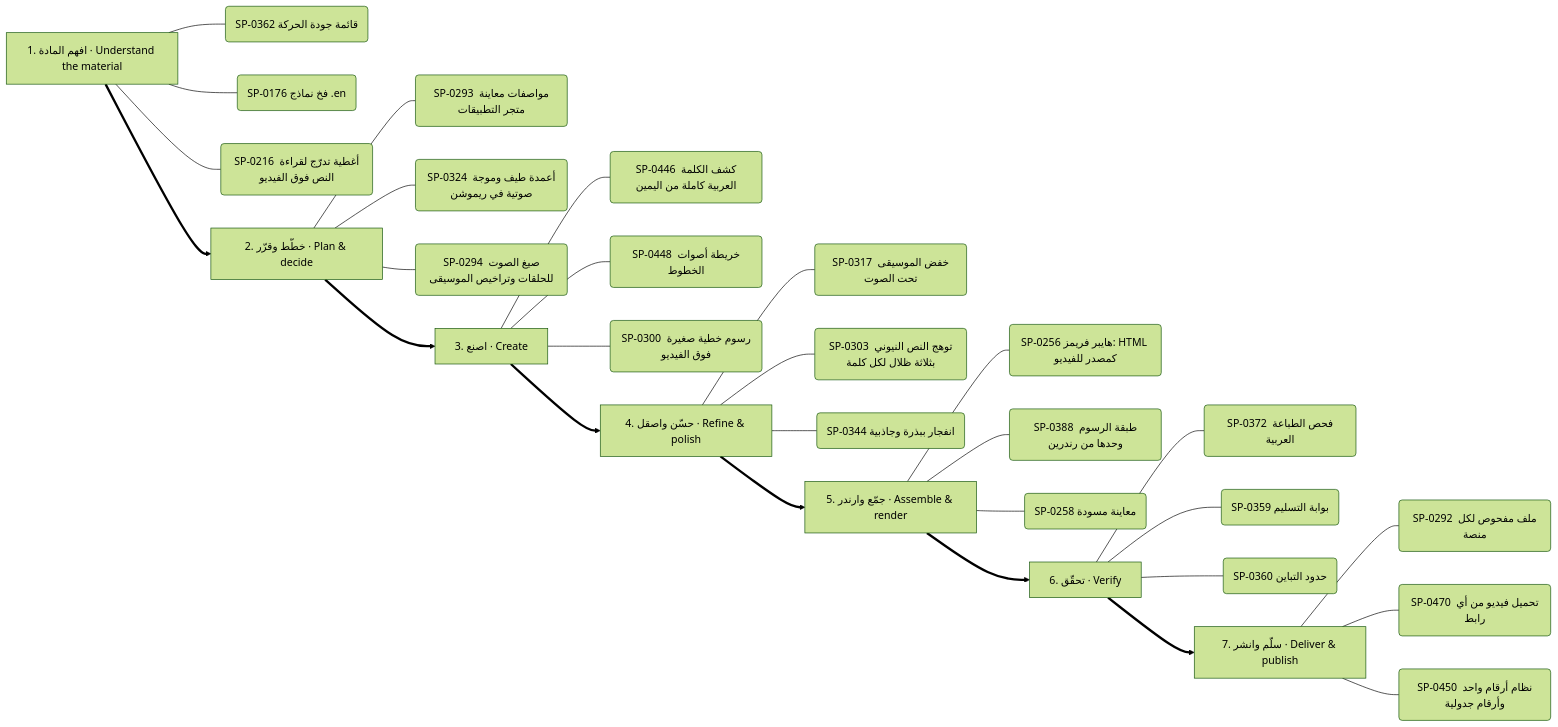
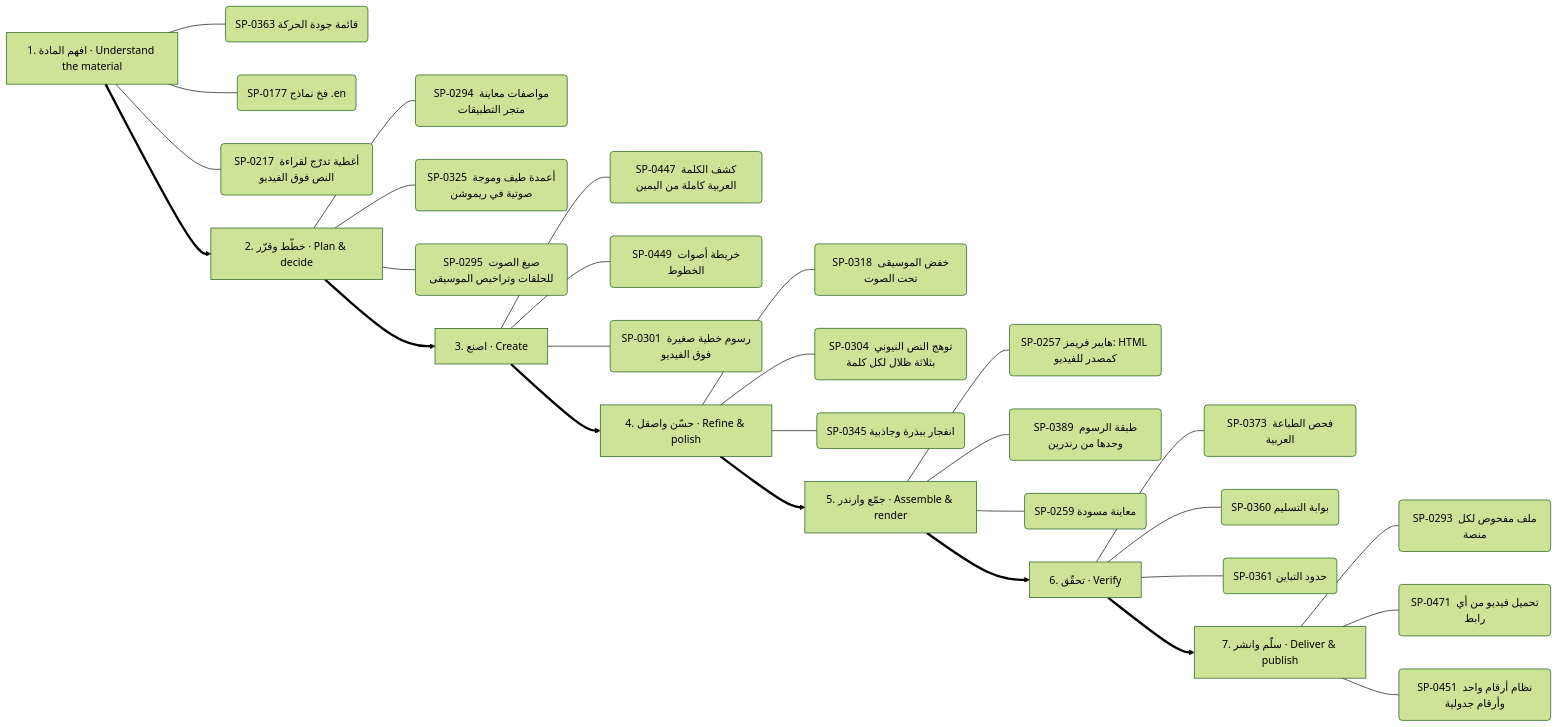
Before and after one commit to kosif199022-jpg/kosif-tool: the second of 13 diagrams in .claude/skills/kosif-superpowers/references/capability-mindmap.md, drawn with Mermaid (forest theme). The commit also changed other lines of this file and 65 other files, not shown here.

````diff
--- a/.claude/skills/kosif-superpowers/references/capability-mindmap.md
+++ b/.claude/skills/kosif-superpowers/references/capability-mindmap.md
@@ -127,37 +127,37 @@
 ```mermaid
 flowchart LR
   S0["1. افهم المادة · Understand the material"]
-  S0 --- S0_0("SP-0362 قائمة جودة الحركة")
-  S0 --- S0_1("SP-0176 فخ نماذج .en")
-  S0 --- S0_2("SP-0216 أغطية تدرّج لقراءة النص فوق الفيديو")
+  S0 --- S0_0("SP-0363 قائمة جودة الحركة")
+  S0 --- S0_1("SP-0177 فخ نماذج .en")
+  S0 --- S0_2("SP-0217 أغطية تدرّج لقراءة النص فوق الفيديو")
   S1["2. خطّط وقرّر · Plan & decide"]
-  S1 --- S1_0("SP-0293 مواصفات معاينة متجر التطبيقات")
-  S1 --- S1_1("SP-0324 أعمدة طيف وموجة صوتية في ريموشن")
-  S1 --- S1_2("SP-0294 صيغ الصوت للحلقات وتراخيص الموسيقى")
+  S1 --- S1_0("SP-0294 مواصفات معاينة متجر التطبيقات")
+  S1 --- S1_1("SP-0325 أعمدة طيف وموجة صوتية في ريموشن")
+  S1 --- S1_2("SP-0295 صيغ الصوت للحلقات وتراخيص الموسيقى")
   S0 ==> S1
   S2["3. اصنع · Create"]
-  S2 --- S2_0("SP-0446 كشف الكلمة العربية كاملة من اليمين")
-  S2 --- S2_1("SP-0448 خريطة أصوات الخطوط")
-  S2 --- S2_2("SP-0300 رسوم خطية صغيرة فوق الفيديو")
+  S2 --- S2_0("SP-0447 كشف الكلمة العربية كاملة من اليمين")
+  S2 --- S2_1("SP-0449 خريطة أصوات الخطوط")
+  S2 --- S2_2("SP-0301 رسوم خطية صغيرة فوق الفيديو")
   S1 ==> S2
   S3["4. حسّن واصقل · Refine & polish"]
-  S3 --- S3_0("SP-0317 خفض الموسيقى تحت الصوت")
-  S3 --- S3_1("SP-0303 توهج النص النيوني بثلاثة ظلال لكل كلمة")
-  S3 --- S3_2("SP-0344 انفجار ببذرة وجاذبية")
+  S3 --- S3_0("SP-0318 خفض الموسيقى تحت الصوت")
+  S3 --- S3_1("SP-0304 توهج النص النيوني بثلاثة ظلال لكل كلمة")
+  S3 --- S3_2("SP-0345 انفجار ببذرة وجاذبية")
   S2 ==> S3
   S4["5. جمّع وارندر · Assemble & render"]
-  S4 --- S4_0("SP-0256 هايبر فريمز: HTML كمصدر للفيديو")
-  S4 --- S4_1("SP-0388 طبقة الرسوم وحدها من رندرين")
-  S4 --- S4_2("SP-0258 معاينة مسودة")
+  S4 --- S4_0("SP-0257 هايبر فريمز: HTML كمصدر للفيديو")
+  S4 --- S4_1("SP-0389 طبقة الرسوم وحدها من رندرين")
+  S4 --- S4_2("SP-0259 معاينة مسودة")
   S3 ==> S4
   S5["6. تحقّق · Verify"]
-  S5 --- S5_0("SP-0372 فحص الطباعة العربية")
-  S5 --- S5_1("SP-0359 بوابة التسليم")
-  S5 --- S5_2("SP-0360 حدود التباين")
+  S5 --- S5_0("SP-0373 فحص الطباعة العربية")
+  S5 --- S5_1("SP-0360 بوابة التسليم")
+  S5 --- S5_2("SP-0361 حدود التباين")
   S4 ==> S5
   S6["7. سلّم وانشر · Deliver & publish"]
-  S6 --- S6_0("SP-0292 ملف مفحوص لكل منصة")
-  S6 --- S6_1("SP-0470 تحميل فيديو من أي رابط")
-  S6 --- S6_2("SP-0450 نظام أرقام واحد وأرقام جدولية")
+  S6 --- S6_0("SP-0293 ملف مفحوص لكل منصة")
+  S6 --- S6_1("SP-0471 تحميل فيديو من أي رابط")
+  S6 --- S6_2("SP-0451 نظام أرقام واحد وأرقام جدولية")
   S5 ==> S6
 ```
````
